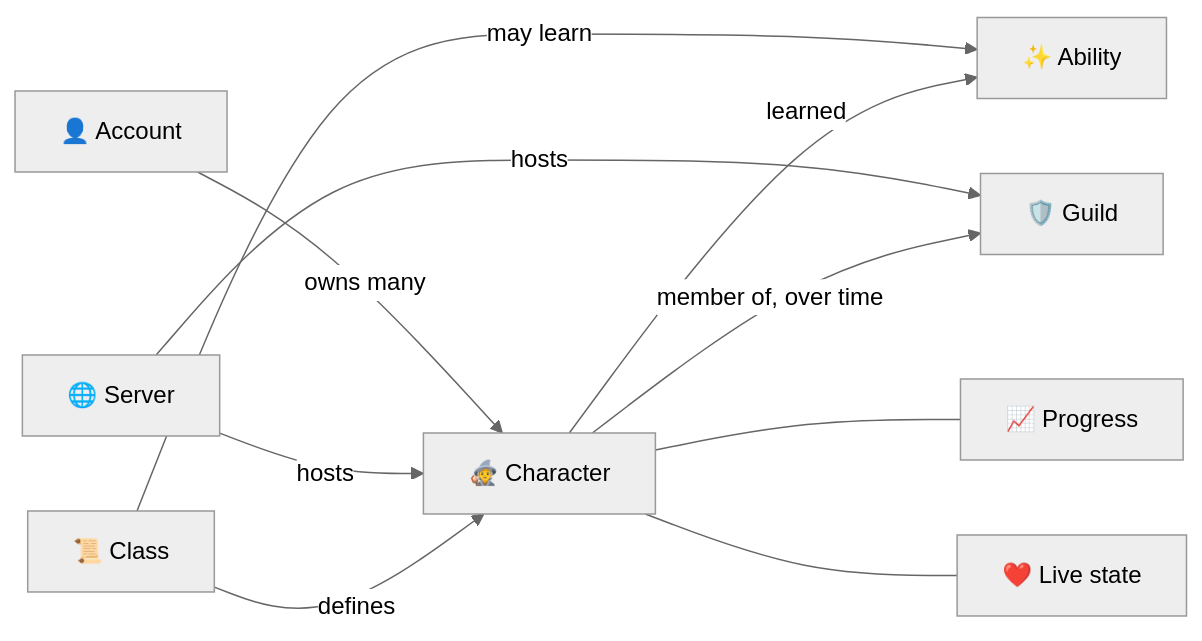
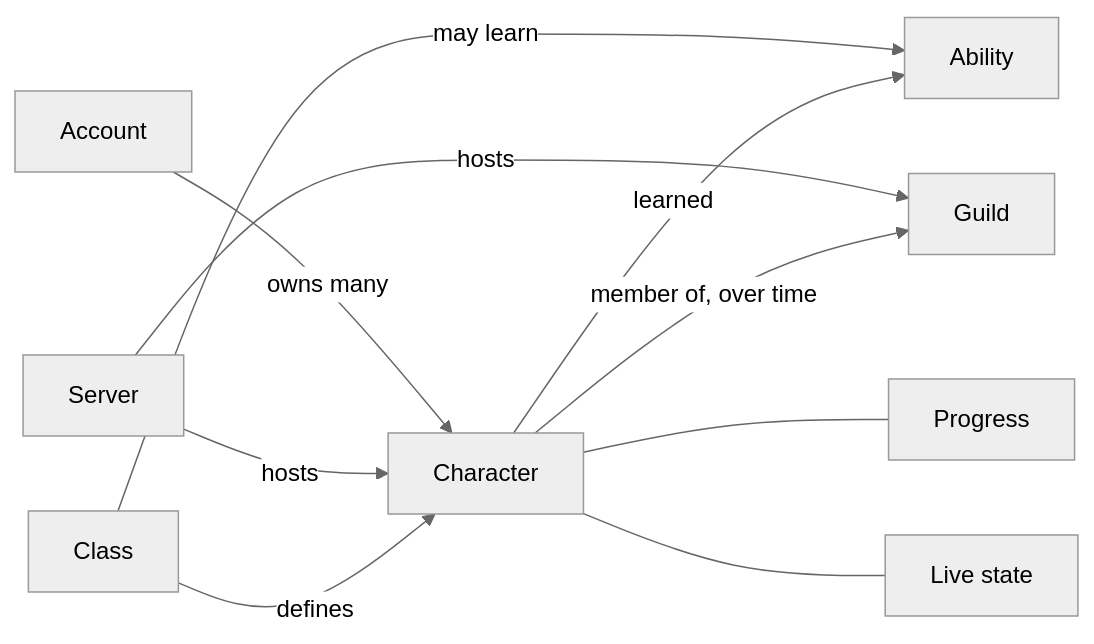
Before and after one commit to KardashHleb/bmtsu_MMORPG: the first of 2 diagrams in README.md, drawn with Mermaid (neutral theme). The commit also changed other lines of this file and 1 other file, not shown here.

````diff
--- a/README.md
+++ b/README.md
@@ -64,12 +67,12 @@
 ```mermaid
 flowchart LR
-    A[👤 Account] -->|owns many| C[🧙 Character]
-    S[🌐 Server] -->|hosts| C
-    S -->|hosts| G[🛡️ Guild]
-    K[📜 Class] -->|defines| C
-    K -->|may learn| AB[✨ Ability]
+    A[Account] -->|owns many| C[Character]
+    S[Server] -->|hosts| C
+    S -->|hosts| G[Guild]
+    K[Class] -->|defines| C
+    K -->|may learn| AB[Ability]
     C -->|learned| AB
     C -->|member of, over time| G
-    C --- P[📈 Progress]
-    C --- ST[❤️ Live state]
+    C --- P[Progress]
+    C --- ST[Live state]
 ```
````
